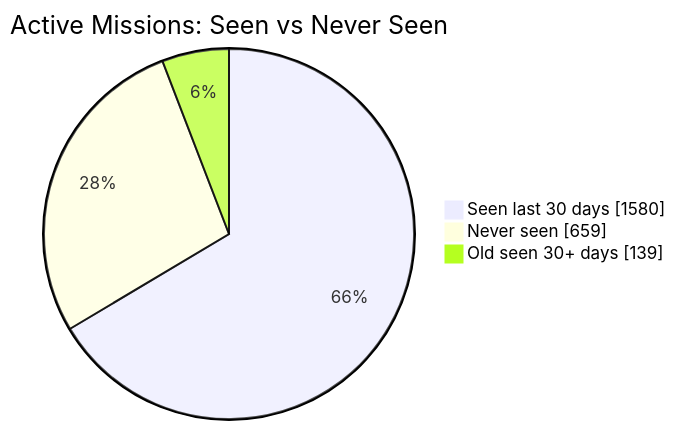
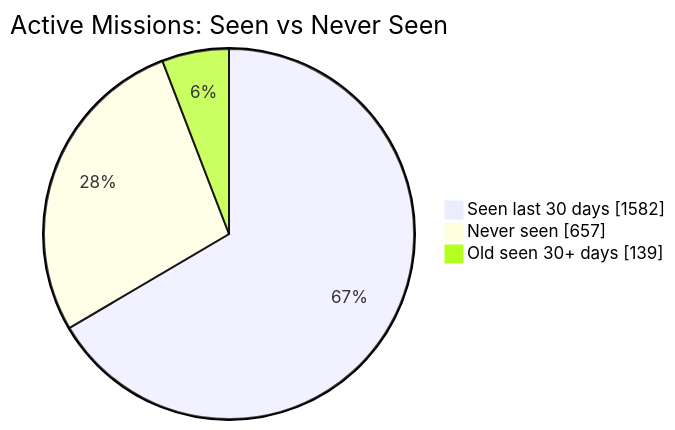
Before and after one commit to MeldkamerspelGameTeam/active-missions: the first of 2 diagrams in README.md, drawn with Mermaid. The commit also changed other lines of this file and 7 other files, not shown here.

````diff
--- a/README.md
+++ b/README.md
@@ -34,7 +34,7 @@
 ```mermaid
 pie showData
     title Active Missions: Seen vs Never Seen
-    "Seen last 30 days" : 1580
-    "Never seen" : 659
+    "Seen last 30 days" : 1582
+    "Never seen" : 657
     "Old seen 30+ days" : 139
 ```
````
